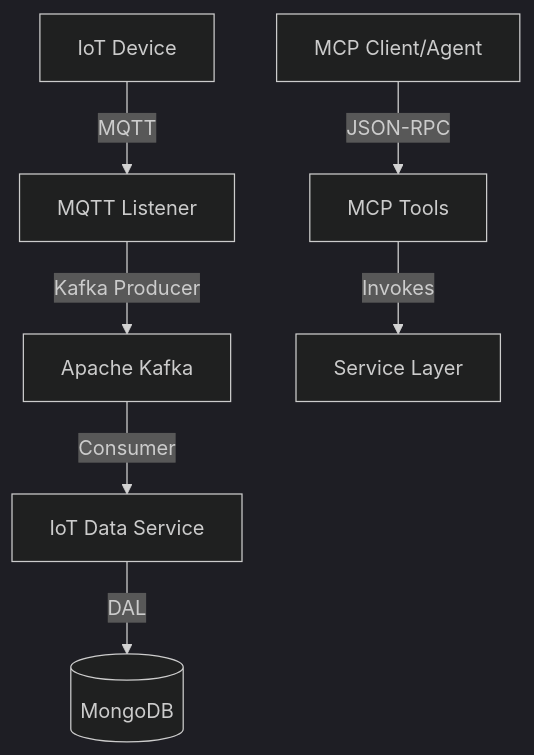
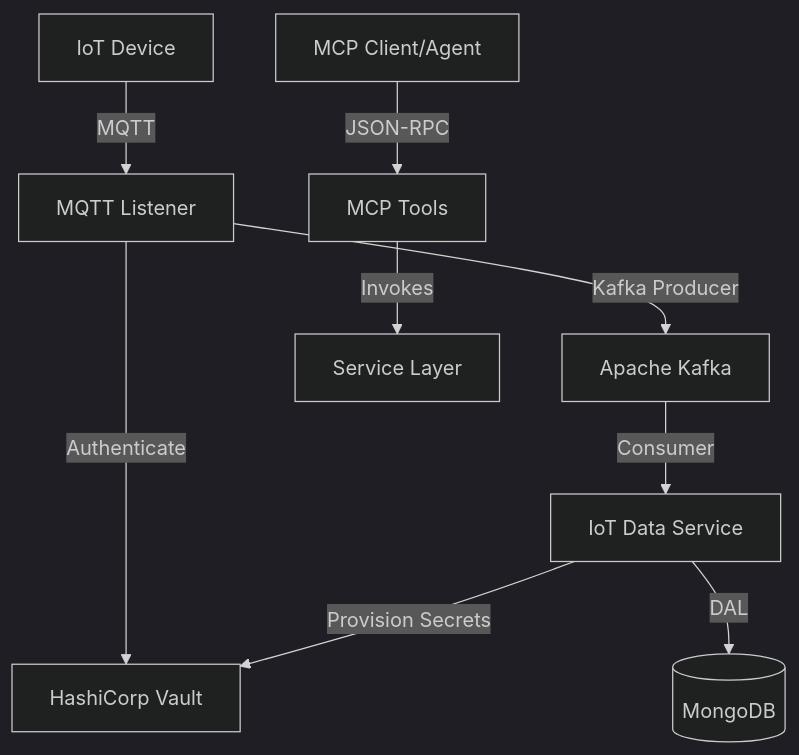
The diagram in README.md (sidisl16/iot-riff), drawn with Mermaid (dark theme) before and after one commit. The commit also changed other lines of this file, not shown here.

Commit message:
Vault Readme

````diff
--- a/README.md
+++ b/README.md
@@ -27,10 +28,12 @@
 ```mermaid
 graph TD
     Device[IoT Device] -- MQTT --> Listener[MQTT Listener]
+    Listener -- Authenticate --> Vault[HashiCorp Vault]
     Listener -- Kafka Producer --> Kafka[Apache Kafka]
     Kafka -- Consumer --> Service[IoT Data Service]
     Service -- DAL --> MongoDB[(MongoDB)]
+    Service -- Provision Secrets --> Vault
     
     Tool[MCP Client/Agent] -- JSON-RPC --> MCP[MCP Tools]
     MCP -- Invokes --> ServiceLayer[Service Layer]
 ```
````
